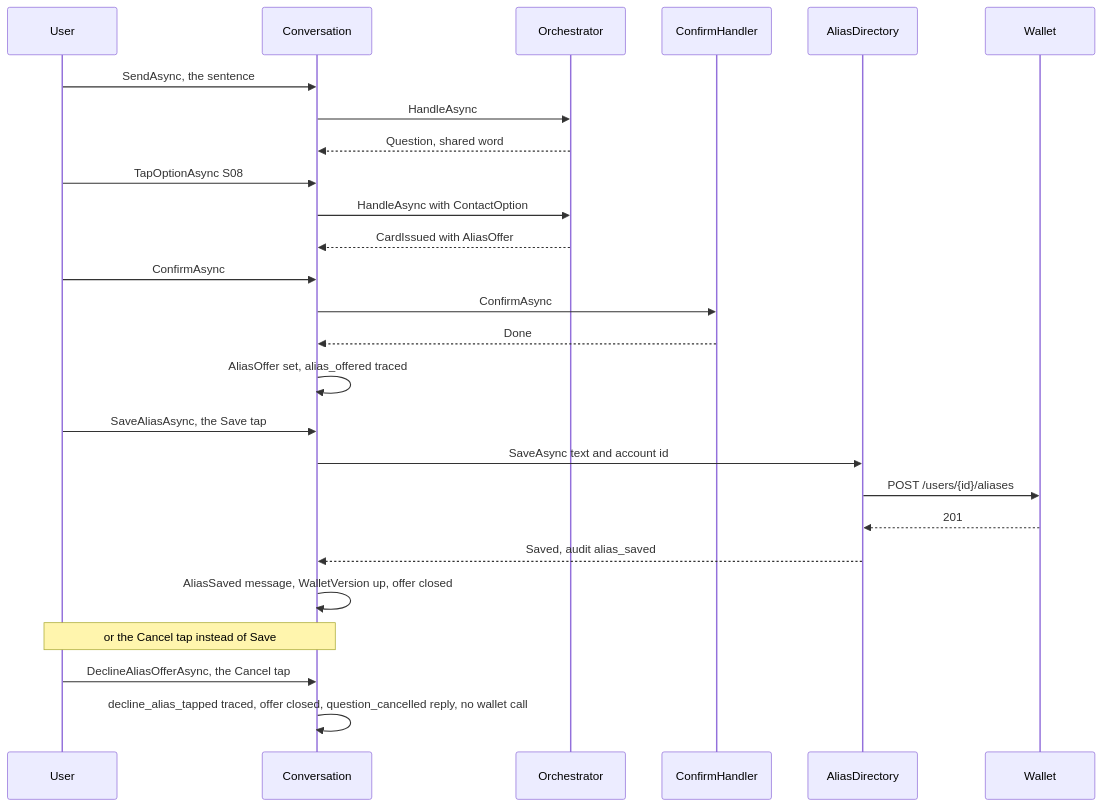
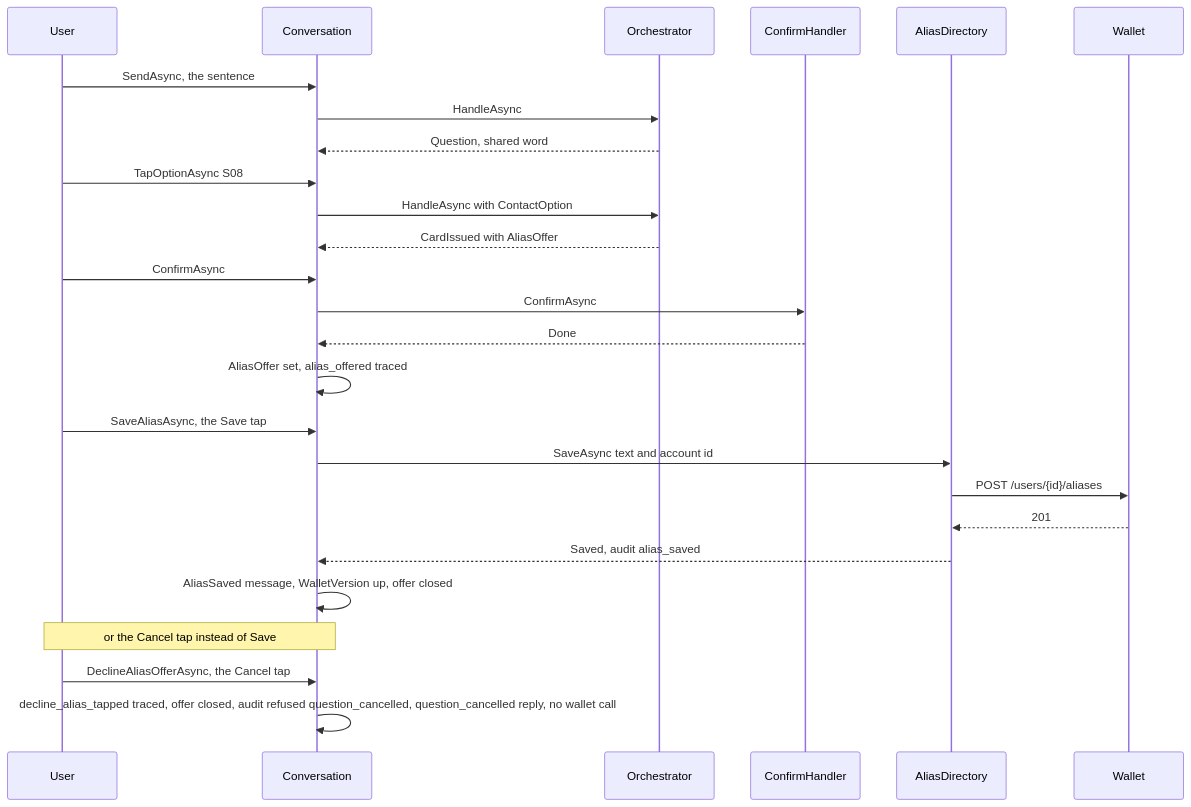
One commit to Khalil-Alhadidi/Naqoli changed diagram 22 of 23 in docs/agent-core.md. Above: the diagram before and after it, drawn with Mermaid. The commit also changed other lines of this file and 3 other files, not shown here.

````diff
--- a/docs/agent-core.md
+++ b/docs/agent-core.md
@@ -965,29 +965,29 @@
 ```mermaid
 sequenceDiagram
     participant U as User
     participant C as Conversation
     participant O as Orchestrator
     participant H as ConfirmHandler
     participant A as AliasDirectory
     participant W as Wallet
 
     U->>C: SendAsync, the sentence
     C->>O: HandleAsync
     O-->>C: Question, shared word
     U->>C: TapOptionAsync S08
     C->>O: HandleAsync with ContactOption
     O-->>C: CardIssued with AliasOffer
     U->>C: ConfirmAsync
     C->>H: ConfirmAsync
     H-->>C: Done
     C->>C: AliasOffer set, alias_offered traced
     U->>C: SaveAliasAsync, the Save tap
     C->>A: SaveAsync text and account id
     A->>W: POST /users/{id}/aliases
     W-->>A: 201
     A-->>C: Saved, audit alias_saved
     C->>C: AliasSaved message, WalletVersion up, offer closed
     Note over U,C: or the Cancel tap instead of Save
     U->>C: DeclineAliasOfferAsync, the Cancel tap
-    C->>C: decline_alias_tapped traced, offer closed, question_cancelled reply, no wallet call
+    C->>C: decline_alias_tapped traced, offer closed, audit refused question_cancelled, question_cancelled reply, no wallet call
 ```
````
